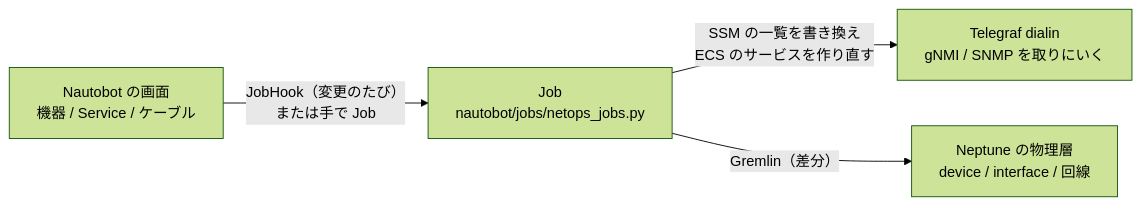
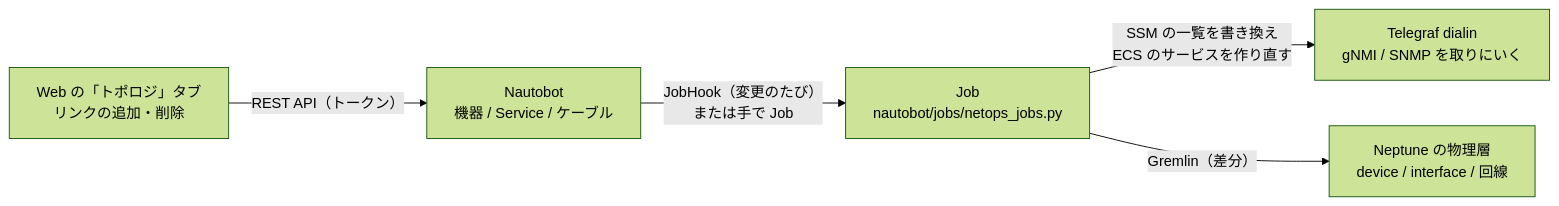
Before and after one commit to eddie-eights/nwc-poc: the second of 2 diagrams in docs/pipeline.md, drawn with Mermaid (forest theme). The commit also changed other lines of this file and 15 other files, not shown here.

First line of the commit message:
Web のリンクの追加・削除を Nautobot に書くようにした（Job が Neptune に反映する）

````diff
--- a/docs/pipeline.md
+++ b/docs/pipeline.md
@@ -277,6 +277,7 @@
 ```mermaid
 flowchart LR
-  U["Nautobot の画面<br/>機器 / Service / ケーブル"] -->|"JobHook（変更のたび）<br/>または手で Job"| J["Job<br/>nautobot/jobs/netops_jobs.py"]
+  W["Web の「トポロジ」タブ<br/>リンクの追加・削除"] -->|"REST API（トークン）"| U
+  U["Nautobot<br/>機器 / Service / ケーブル"] -->|"JobHook（変更のたび）<br/>または手で Job"| J["Job<br/>nautobot/jobs/netops_jobs.py"]
   J -->|"SSM の一覧を書き換え<br/>ECS のサービスを作り直す"| T["Telegraf dialin<br/>gNMI / SNMP を取りにいく"]
   J -->|"Gremlin（差分）"| N["Neptune の物理層<br/>device / interface / 回線"]
 ```
````
